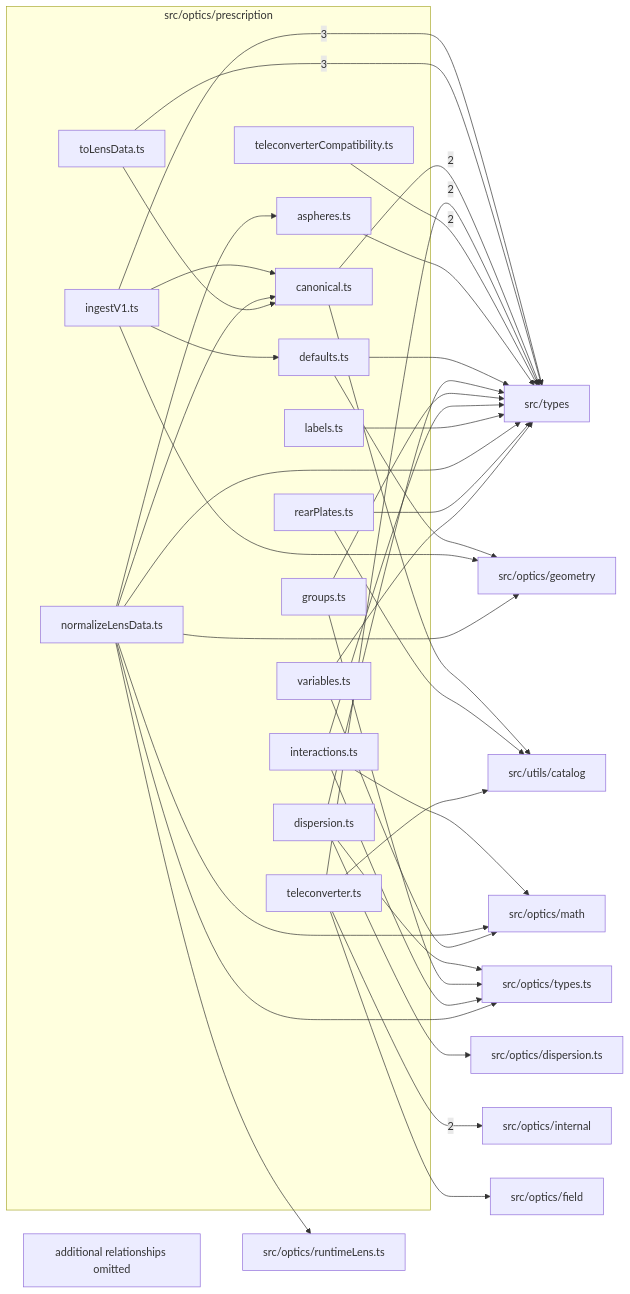
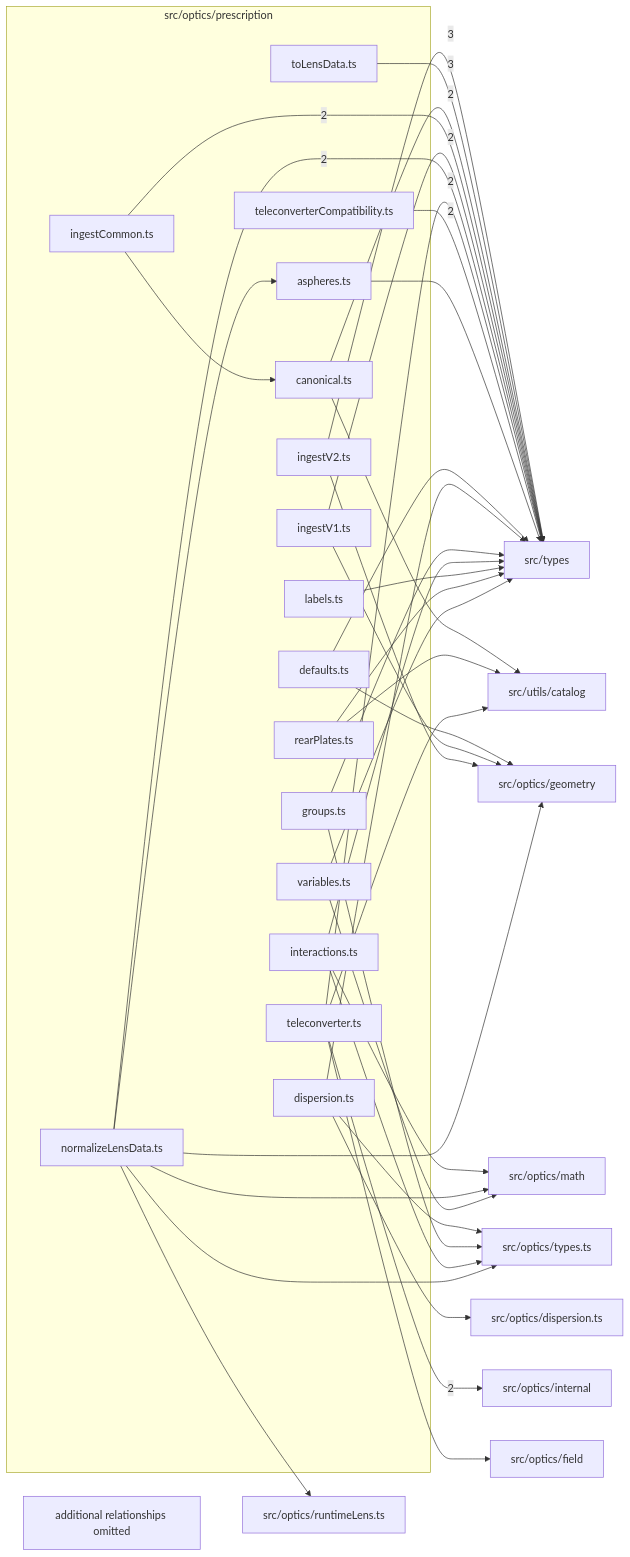
One commit to ronbuening/LensVisualizer changed the diagram in src/optics/prescription/readme.md. Above: the diagram before and after it, drawn with Mermaid. The commit also changed other lines of this file and 29 other files, not shown here.

````diff
--- a/src/optics/prescription/readme.md
+++ b/src/optics/prescription/readme.md
@@ -9,65 +9,67 @@
 ```mermaid
 flowchart LR
   subgraph n_src_optics_prescription["src/optics/prescription"]
     n_src_optics_prescription_src_optics_prescription_aspheres_ts["aspheres.ts"]
     n_src_optics_prescription_src_optics_prescription_canonical_ts["canonical.ts"]
     n_src_optics_prescription_src_optics_prescription_defaults_ts["defaults.ts"]
     n_src_optics_prescription_src_optics_prescription_dispersion_ts["dispersion.ts"]
     n_src_optics_prescription_src_optics_prescription_groups_ts["groups.ts"]
+    n_src_optics_prescription_src_optics_prescription_ingestCommon_ts["ingestCommon.ts"]
     n_src_optics_prescription_src_optics_prescription_ingestV1_ts["ingestV1.ts"]
+    n_src_optics_prescription_src_optics_prescription_ingestV2_ts["ingestV2.ts"]
     n_src_optics_prescription_src_optics_prescription_interactions_ts["interactions.ts"]
     n_src_optics_prescription_src_optics_prescription_labels_ts["labels.ts"]
     n_src_optics_prescription_src_optics_prescription_normalizeLensData_ts["normalizeLensData.ts"]
     n_src_optics_prescription_src_optics_prescription_rearPlates_ts["rearPlates.ts"]
     n_src_optics_prescription_src_optics_prescription_teleconverter_ts["teleconverter.ts"]
     n_src_optics_prescription_src_optics_prescription_teleconverterCompatibility_ts["teleconverterCompatibility.ts"]
     n_src_optics_prescription_src_optics_prescription_toLensData_ts["toLensData.ts"]
     n_src_optics_prescription_src_optics_prescription_variables_ts["variables.ts"]
   end
   n_external_src_types["src/types"]
   n_external_src_optics_internal["src/optics/internal"]
   n_external_src_optics_dispersion_ts["src/optics/dispersion.ts"]
   n_external_src_optics_field["src/optics/field"]
   n_external_src_optics_geometry["src/optics/geometry"]
   n_external_src_optics_math["src/optics/math"]
   n_external_src_optics_runtimeLens_ts["src/optics/runtimeLens.ts"]
   n_external_src_optics_types_ts["src/optics/types.ts"]
   n_external_src_utils_catalog["src/utils/catalog"]
-  n_src_optics_prescription_src_optics_prescription_ingestV1_ts --> |3| n_external_src_types
+  n_src_optics_prescription_src_optics_prescription_ingestV2_ts --> |3| n_external_src_types
   n_src_optics_prescription_src_optics_prescription_toLensData_ts --> |3| n_external_src_types
   n_src_optics_prescription_src_optics_prescription_teleconverter_ts --> |2| n_external_src_optics_internal
   n_src_optics_prescription_src_optics_prescription_canonical_ts --> |2| n_external_src_types
+  n_src_optics_prescription_src_optics_prescription_ingestCommon_ts --> |2| n_external_src_types
+  n_src_optics_prescription_src_optics_prescription_ingestV1_ts --> |2| n_external_src_types
+  n_src_optics_prescription_src_optics_prescription_normalizeLensData_ts --> |2| n_external_src_types
   n_src_optics_prescription_src_optics_prescription_teleconverter_ts --> |2| n_external_src_types
   n_src_optics_prescription_src_optics_prescription_teleconverterCompatibility_ts --> |2| n_external_src_types
   n_src_optics_prescription_src_optics_prescription_dispersion_ts --> n_external_src_optics_dispersion_ts
   n_src_optics_prescription_src_optics_prescription_teleconverter_ts --> n_external_src_optics_field
   n_src_optics_prescription_src_optics_prescription_defaults_ts --> n_external_src_optics_geometry
   n_src_optics_prescription_src_optics_prescription_ingestV1_ts --> n_external_src_optics_geometry
+  n_src_optics_prescription_src_optics_prescription_ingestV2_ts --> n_external_src_optics_geometry
   n_src_optics_prescription_src_optics_prescription_normalizeLensData_ts --> n_external_src_optics_geometry
   n_src_optics_prescription_src_optics_prescription_interactions_ts --> n_external_src_optics_math
   n_src_optics_prescription_src_optics_prescription_normalizeLensData_ts --> n_external_src_optics_math
   n_src_optics_prescription_src_optics_prescription_variables_ts --> n_external_src_optics_math
   n_src_optics_prescription_src_optics_prescription_normalizeLensData_ts --> n_external_src_optics_runtimeLens_ts
   n_src_optics_prescription_src_optics_prescription_dispersion_ts --> n_external_src_optics_types_ts
   n_src_optics_prescription_src_optics_prescription_groups_ts --> n_external_src_optics_types_ts
   n_src_optics_prescription_src_optics_prescription_interactions_ts --> n_external_src_optics_types_ts
   n_src_optics_prescription_src_optics_prescription_normalizeLensData_ts --> n_external_src_optics_types_ts
   n_src_optics_prescription_src_optics_prescription_aspheres_ts --> n_external_src_types
   n_src_optics_prescription_src_optics_prescription_defaults_ts --> n_external_src_types
   n_src_optics_prescription_src_optics_prescription_dispersion_ts --> n_external_src_types
   n_src_optics_prescription_src_optics_prescription_groups_ts --> n_external_src_types
   n_src_optics_prescription_src_optics_prescription_interactions_ts --> n_external_src_types
   n_src_optics_prescription_src_optics_prescription_labels_ts --> n_external_src_types
-  n_src_optics_prescription_src_optics_prescription_normalizeLensData_ts --> n_external_src_types
   n_src_optics_prescription_src_optics_prescription_rearPlates_ts --> n_external_src_types
   n_src_optics_prescription_src_optics_prescription_variables_ts --> n_external_src_types
   n_src_optics_prescription_src_optics_prescription_canonical_ts --> n_external_src_utils_catalog
   n_src_optics_prescription_src_optics_prescription_rearPlates_ts --> n_external_src_utils_catalog
   n_src_optics_prescription_src_optics_prescription_teleconverter_ts --> n_external_src_utils_catalog
   n_src_optics_prescription_src_optics_prescription_normalizeLensData_ts --> n_src_optics_prescription_src_optics_prescription_aspheres_ts
-  n_src_optics_prescription_src_optics_prescription_ingestV1_ts --> n_src_optics_prescription_src_optics_prescription_canonical_ts
-  n_src_optics_prescription_src_optics_prescription_normalizeLensData_ts --> n_src_optics_prescription_src_optics_prescription_canonical_ts
-  n_src_optics_prescription_src_optics_prescription_toLensData_ts --> n_src_optics_prescription_src_optics_prescription_canonical_ts
-  n_src_optics_prescription_src_optics_prescription_ingestV1_ts --> n_src_optics_prescription_src_optics_prescription_defaults_ts
+  n_src_optics_prescription_src_optics_prescription_ingestCommon_ts --> n_src_optics_prescription_src_optics_prescription_canonical_ts
   n_src_optics_prescription_truncated["additional relationships omitted"]
 ```
````
